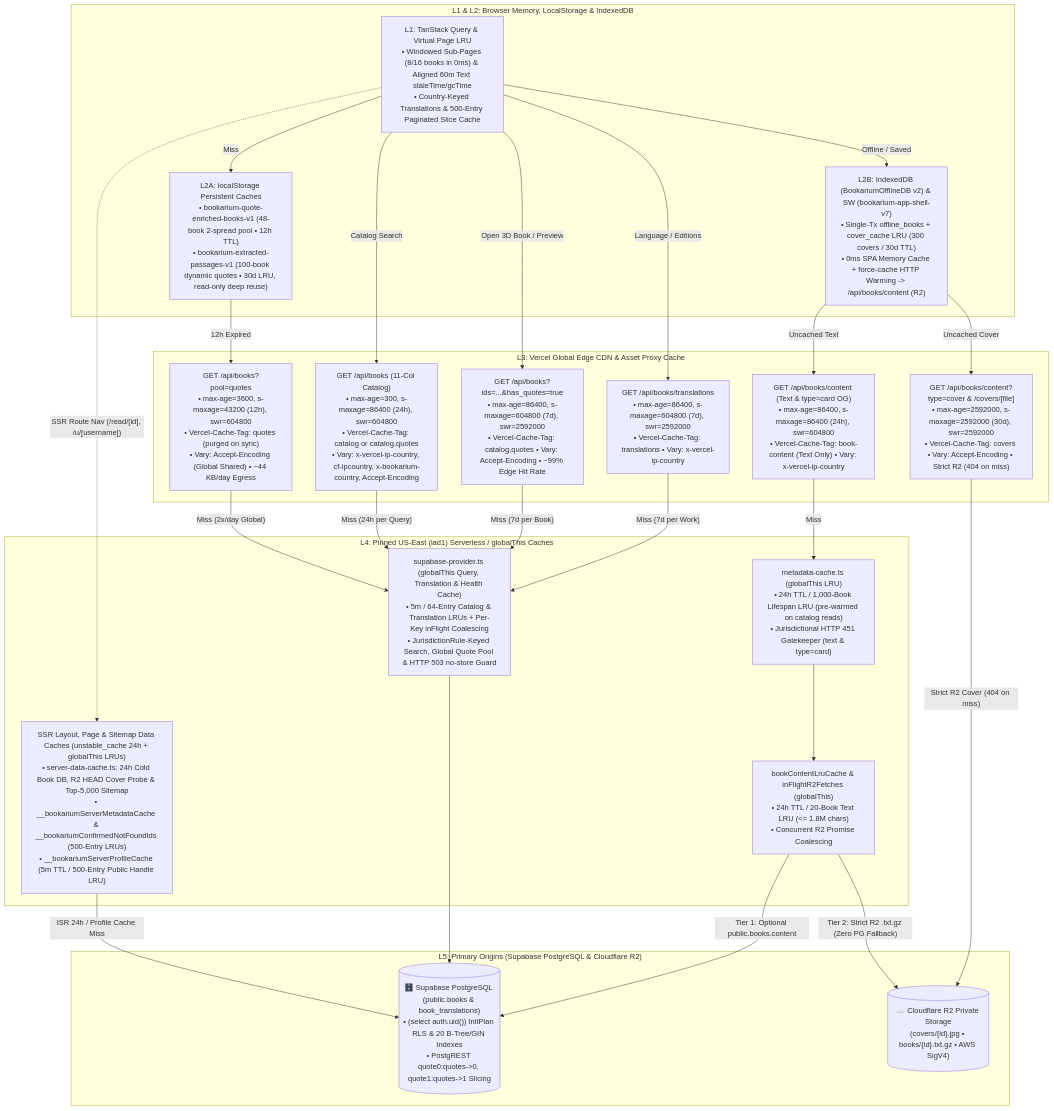
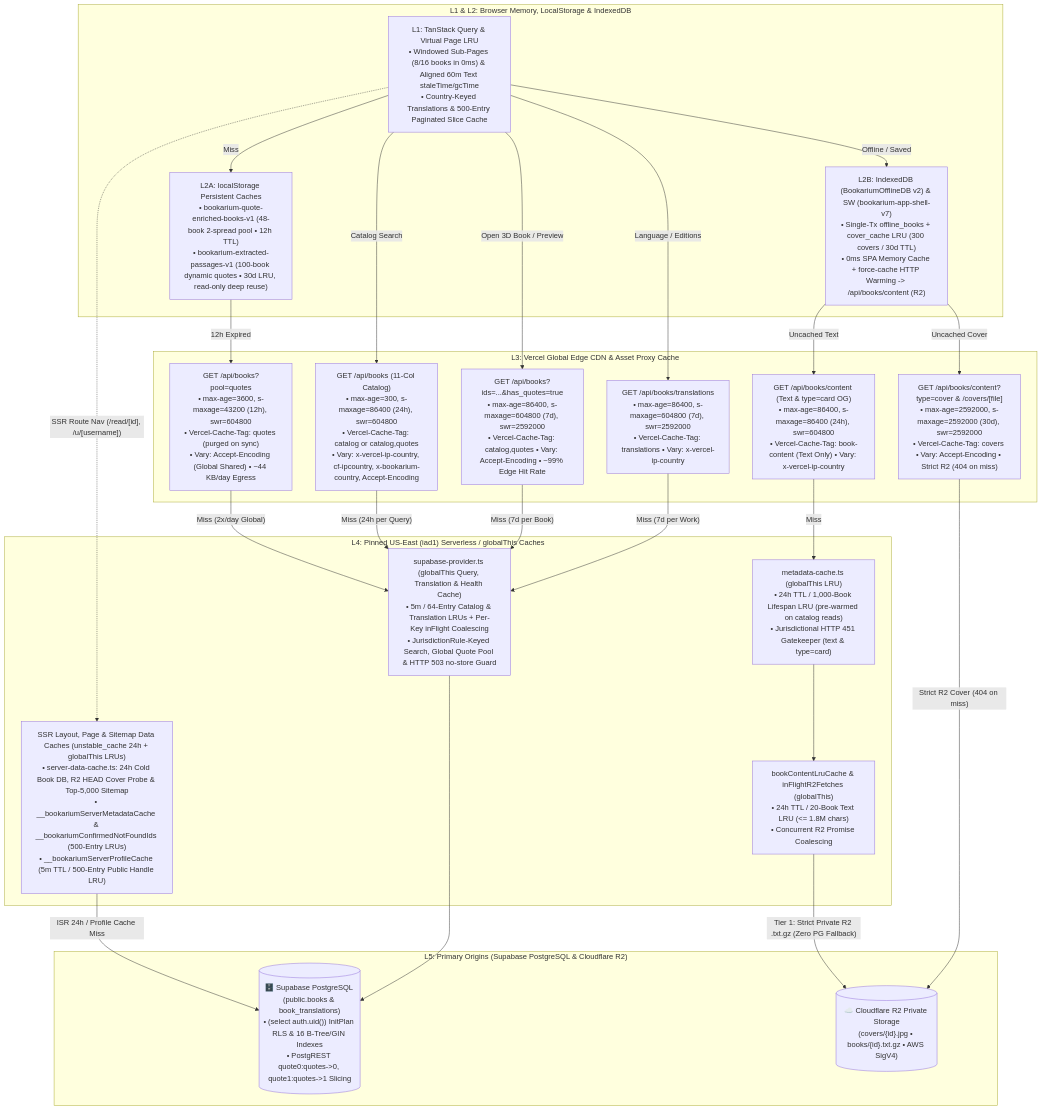
One commit to calin-m/Bookarium changed the fourth of 4 diagrams in docs/architecture/integrations-failure-and-ops.md. Above: the diagram before and after it, drawn with Mermaid. The commit also changed other lines of this file and 54 other files, not shown here.

First line of the commit message:
feat(privacy,db): expand account data disclosures and retire redundant schema columns and indexes (v2.9.91-v2.9.92)

````diff
--- a/docs/architecture/integrations-failure-and-ops.md
+++ b/docs/architecture/integrations-failure-and-ops.md
@@ -210,50 +207,49 @@
 ```mermaid
 flowchart TD
     subgraph L1_L2_Client ["L1 & L2: Browser Memory, LocalStorage & IndexedDB"]
         L1Query["L1: TanStack Query & Virtual Page LRU\n• Windowed Sub-Pages (8/16 books in 0ms) & Aligned 60m Text staleTime/gcTime\n• Country-Keyed Translations & 500-Entry Paginated Slice Cache"]
         L2Local["L2A: localStorage Persistent Caches\n• bookarium-quote-enriched-books-v1 (48-book 2-spread pool • 12h TTL)\n• bookarium-extracted-passages-v1 (100-book dynamic quotes • 30d LRU, read-only deep reuse)"]
         L2IDB["L2B: IndexedDB (BookariumOfflineDB v2) & SW (bookarium-app-shell-v7)\n• Single-Tx offline_books + cover_cache LRU (300 covers / 30d TTL)\n• 0ms SPA Memory Cache + force-cache HTTP Warming -> /api/books/content (R2)"]
     end
 
     subgraph L3_VercelEdge ["L3: Vercel Global Edge CDN & Asset Proxy Cache"]
         EdgeQuotePool["GET /api/books?pool=quotes\n• max-age=3600, s-maxage=43200 (12h), swr=604800\n• Vercel-Cache-Tag: quotes (purged on sync)\n• Vary: Accept-Encoding (Global Shared) • ~44 KB/day Egress"]
         EdgeCatalog["GET /api/books (11-Col Catalog)\n• max-age=300, s-maxage=86400 (24h), swr=604800\n• Vercel-Cache-Tag: catalog or catalog,quotes\n• Vary: x-vercel-ip-country, cf-ipcountry, x-bookarium-country, Accept-Encoding"]
         EdgeDeepQuotes["GET /api/books?ids=...&has_quotes=true\n• max-age=86400, s-maxage=604800 (7d), swr=2592000\n• Vercel-Cache-Tag: catalog,quotes • Vary: Accept-Encoding • ~99% Edge Hit Rate"]
         EdgeTranslations["GET /api/books/translations\n• max-age=86400, s-maxage=604800 (7d), swr=2592000\n• Vercel-Cache-Tag: translations • Vary: x-vercel-ip-country"]
         EdgeTextCard["GET /api/books/content (Text & type=card OG)\n• max-age=86400, s-maxage=86400 (24h), swr=604800\n• Vercel-Cache-Tag: book-content (Text Only) • Vary: x-vercel-ip-country"]
         EdgeCoverProxy["GET /api/books/content?type=cover & /covers/[file]\n• max-age=2592000, s-maxage=2592000 (30d), swr=2592000\n• Vercel-Cache-Tag: covers • Vary: Accept-Encoding • Strict R2 (404 on miss)"]
     end
 
     subgraph L4_Serverless ["L4: Pinned US-East (iad1) Serverless / globalThis Caches"]
         MetaLRU["metadata-cache.ts (globalThis LRU)\n• 24h TTL / 1,000-Book Lifespan LRU (pre-warmed on catalog reads)\n• Jurisdictional HTTP 451 Gatekeeper (text & type=card)"]
         TextLRU["bookContentLruCache & inFlightR2Fetches (globalThis)\n• 24h TTL / 20-Book Text LRU (<= 1.8M chars)\n• Concurrent R2 Promise Coalescing"]
         HealthCache["supabase-provider.ts (globalThis Query, Translation & Health Cache)\n• 5m / 64-Entry Catalog & Translation LRUs + Per-Key inFlight Coalescing\n• JurisdictionRule-Keyed Search, Global Quote Pool & HTTP 503 no-store Guard"]
         SsrRouteCaches["SSR Layout, Page & Sitemap Data Caches (unstable_cache 24h + globalThis LRUs)\n• server-data-cache.ts: 24h Cold Book DB, R2 HEAD Cover Probe & Top-5,000 Sitemap\n• __bookariumServerMetadataCache & __bookariumConfirmedNotFoundIds (500-Entry LRUs)\n• __bookariumServerProfileCache (5m TTL / 500-Entry Public Handle LRU)"]
     end
 
     subgraph L5_Origins ["L5: Primary Origins (Supabase PostgreSQL & Cloudflare R2)"]
-        SupaOrigin[("🗄️ Supabase PostgreSQL (public.books & book_translations)\n• (select auth.uid()) InitPlan RLS & 20 B-Tree/GIN Indexes\n• PostgREST quote0:quotes->0, quote1:quotes->1 Slicing")]
+        SupaOrigin[("🗄️ Supabase PostgreSQL (public.books & book_translations)\n• (select auth.uid()) InitPlan RLS & 16 B-Tree/GIN Indexes\n• PostgREST quote0:quotes->0, quote1:quotes->1 Slicing")]
         R2Origin[("☁️ Cloudflare R2 Private Storage\n(covers/{id}.jpg • books/{id}.txt.gz • AWS SigV4)")]
     end
 
     L1Query -->|"Miss"| L2Local
     L1Query -->|"Offline / Saved"| L2IDB
     L2Local -->|"12h Expired"| EdgeQuotePool
     L1Query -->|"Catalog Search"| EdgeCatalog
     L1Query -->|"Open 3D Book / Preview"| EdgeDeepQuotes
     L1Query -->|"Language / Editions"| EdgeTranslations
     L1Query -.->|"SSR Route Nav (/read/[id], /u/[username])"| SsrRouteCaches
     SsrRouteCaches -->|"ISR 24h / Profile Cache Miss"| SupaOrigin
     L2IDB -->|"Uncached Text"| EdgeTextCard
     L2IDB -->|"Uncached Cover"| EdgeCoverProxy
     EdgeQuotePool -->|"Miss (2x/day Global)"| HealthCache
     EdgeCatalog -->|"Miss (24h per Query)"| HealthCache
     EdgeDeepQuotes -->|"Miss (7d per Book)"| HealthCache
     EdgeTranslations -->|"Miss (7d per Work)"| HealthCache
     HealthCache --> SupaOrigin
     EdgeTextCard -->|"Miss"| MetaLRU
     MetaLRU --> TextLRU
-    TextLRU -->|"Tier 1: Optional public.books.content"| SupaOrigin
-    TextLRU -->|"Tier 2: Strict R2 .txt.gz (Zero PG Fallback)"| R2Origin
+    TextLRU -->|"Tier 1: Strict Private R2 .txt.gz (Zero PG Fallback)"| R2Origin
     EdgeCoverProxy -->|"Strict R2 Cover (404 on miss)"| R2Origin
 ```
````
